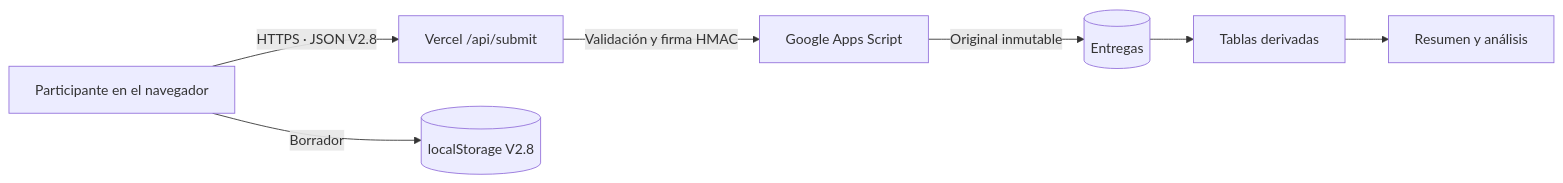
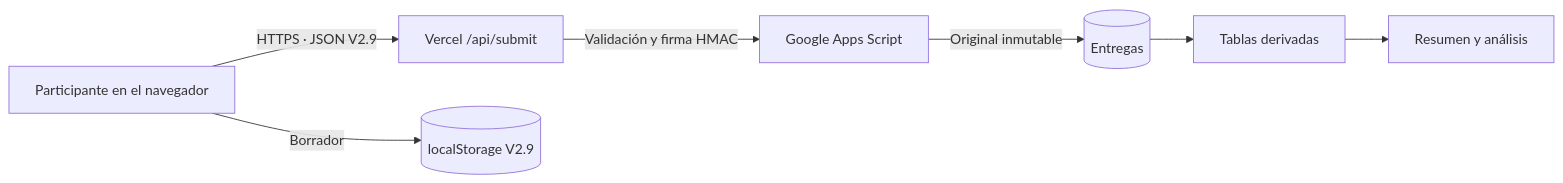
One commit to goncazasa/diagnostico-startup changed the diagram in docs/ARQUITECTURA-Y-OPERACION.md. Above: the diagram before and after it, drawn with Mermaid. The commit also changed other lines of this file and 24 other files, not shown here.

````diff
--- a/docs/ARQUITECTURA-Y-OPERACION.md
+++ b/docs/ARQUITECTURA-Y-OPERACION.md
@@ -5,9 +5,9 @@
 ```mermaid
 flowchart LR
-    E[Participante en el navegador] -->|HTTPS · JSON V2.8| V[Vercel /api/submit]
+    E[Participante en el navegador] -->|HTTPS · JSON V2.9| V[Vercel /api/submit]
     V -->|Validación y firma HMAC| G[Google Apps Script]
     G -->|Original inmutable| A[(Entregas)]
     A --> R[Tablas derivadas]
     R --> S[Resumen y análisis]
-    E -->|Borrador| L[(localStorage V2.8)]
+    E -->|Borrador| L[(localStorage V2.9)]
 ```
````
